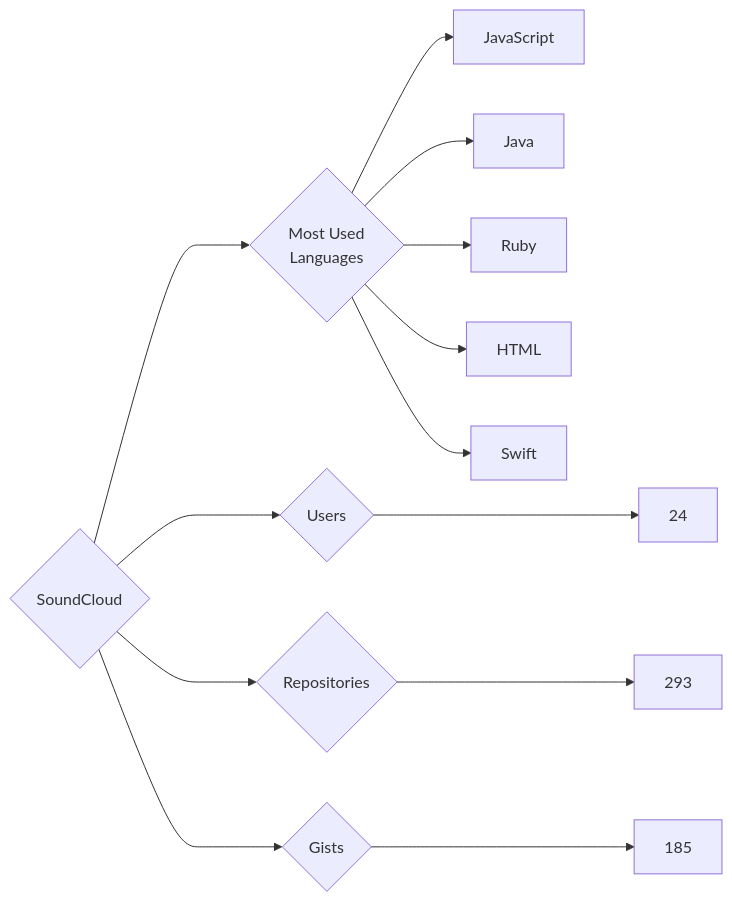
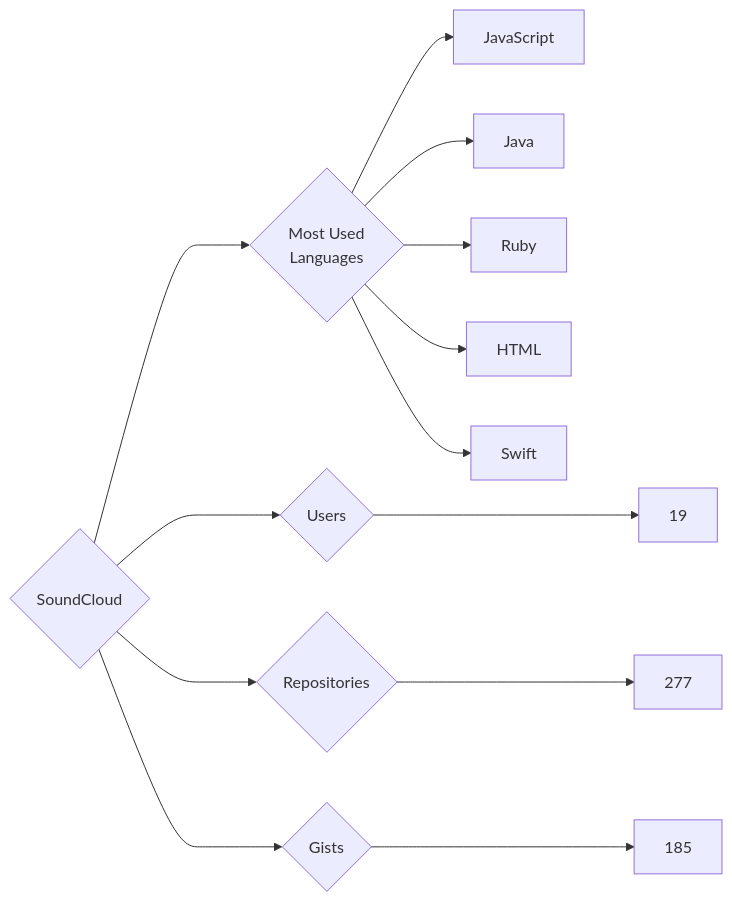
The diagram in targets/SoundCloud/README.md (trickest/insiders), drawn with Mermaid before and after one commit. The commit also changed 955 other files, not shown here.

````diff
--- a/targets/SoundCloud/README.md
+++ b/targets/SoundCloud/README.md
@@ -3,13 +3,13 @@
 ```mermaid
 graph LR
 COMPANY_NAME{SoundCloud}
-COMPANY_NAME ---> U{Users} ---> UN[24]
-COMPANY_NAME ---> R{Repositories} ---> RN[293]
+COMPANY_NAME ---> U{Users} ---> UN[19]
+COMPANY_NAME ---> R{Repositories} ---> RN[277]
 COMPANY_NAME ---> G{Gists} ---> GN[185]
 COMPANY_NAME ---> ML{Most Used<br>Languages}
 ML --> JavaScript[JavaScript]
 ML --> Java[Java]
 ML --> Ruby[Ruby]
 ML --> HTML[HTML]
 ML --> Swift[Swift]
 ```
````
